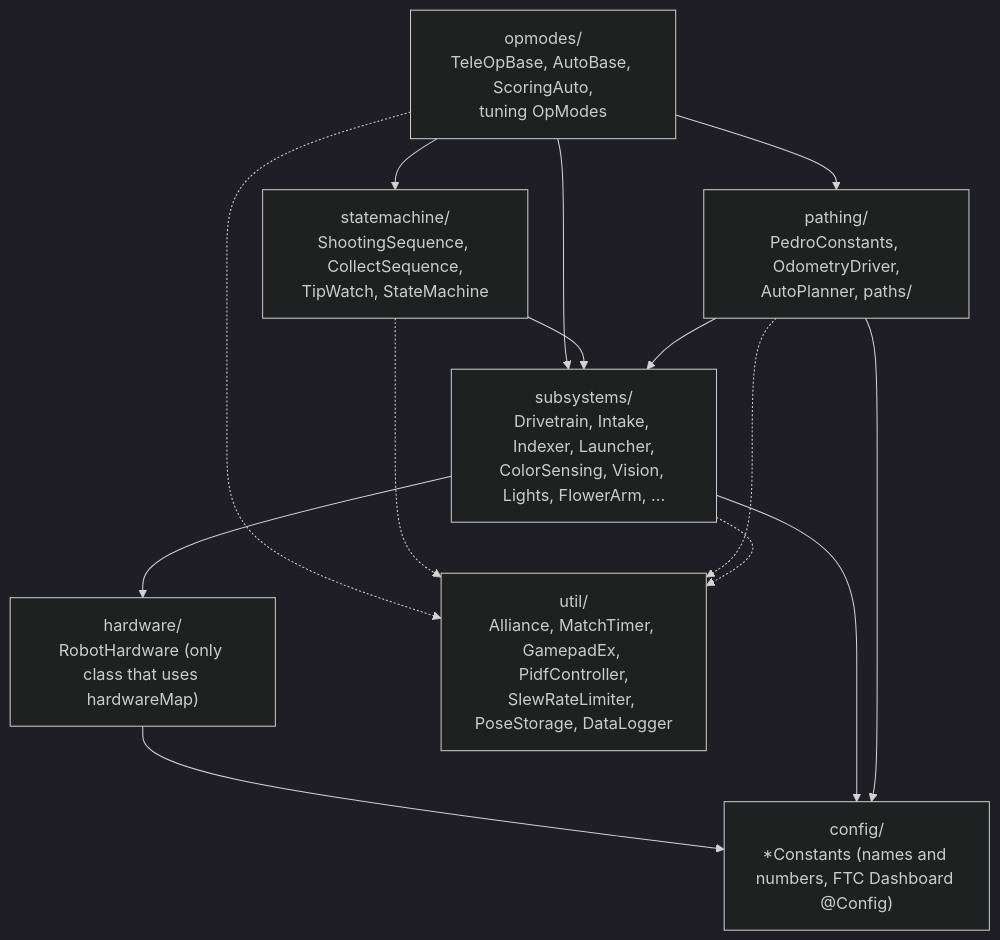
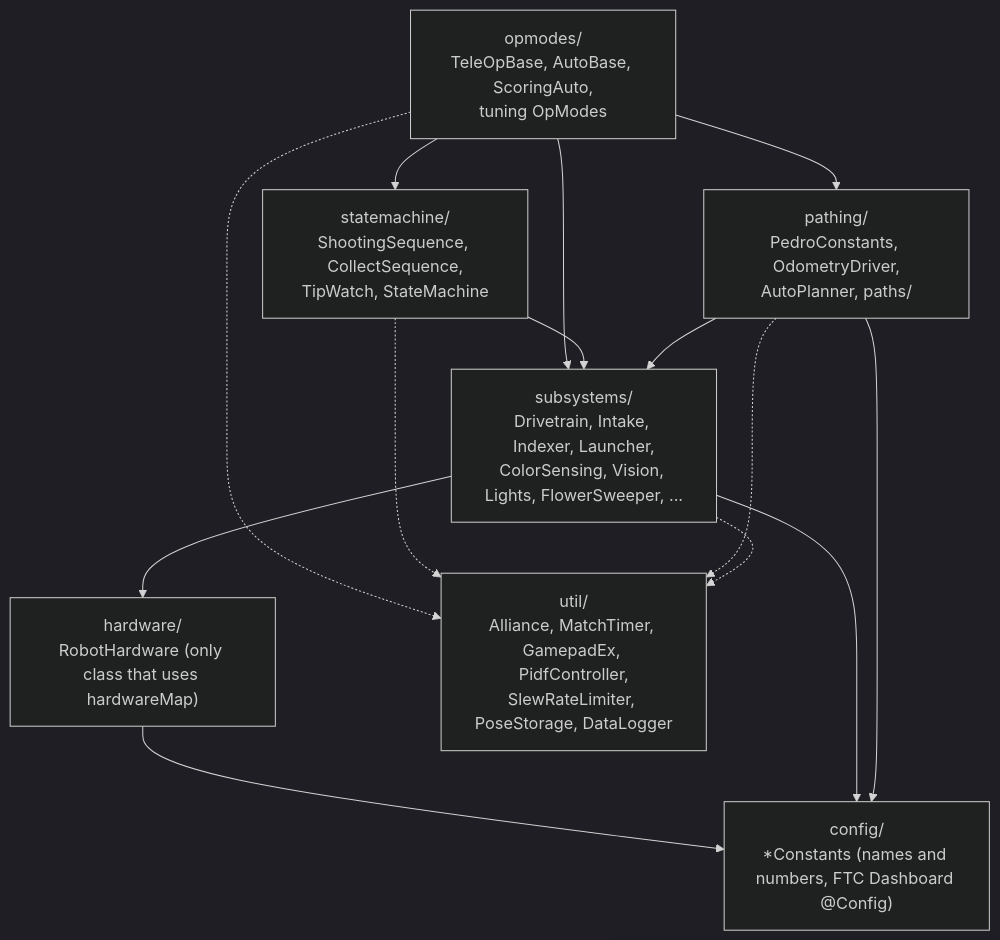
One commit to luislaurolozanoperezp4-glitch/IronLion30311-HiveMind changed the first of 2 diagrams in docs/CODE_GUIDE.md. Above: the diagram before and after it, drawn with Mermaid (dark theme). The commit also changed other lines of this file and 11 other files, not shown here.

````diff
--- a/docs/CODE_GUIDE.md
+++ b/docs/CODE_GUIDE.md
@@ -32,23 +33,23 @@
 ```mermaid
 flowchart TD
     OP["opmodes/<br/>TeleOpBase, AutoBase, ScoringAuto,<br/>tuning OpModes"]
     SM["statemachine/<br/>ShootingSequence, CollectSequence,<br/>TipWatch, StateMachine"]
     PA["pathing/<br/>PedroConstants, OdometryDriver,<br/>AutoPlanner, paths/"]
-    SS["subsystems/<br/>Drivetrain, Intake, Indexer, Launcher,<br/>ColorSensing, Vision, Lights, FlowerArm, ..."]
+    SS["subsystems/<br/>Drivetrain, Intake, Indexer, Launcher,<br/>ColorSensing, Vision, Lights, FlowerSweeper, ..."]
     HW["hardware/<br/>RobotHardware (only class that uses hardwareMap)"]
     CF["config/<br/>*Constants (names and numbers, FTC Dashboard @Config)"]
     UT["util/<br/>Alliance, MatchTimer, GamepadEx, PidfController,<br/>SlewRateLimiter, PoseStorage, DataLogger"]
     OP --> SM
     OP --> PA
     OP --> SS
     SM --> SS
     PA --> SS
     SS --> HW
     HW --> CF
     SS --> CF
     PA --> CF
     OP -.-> UT
     SM -.-> UT
     PA -.-> UT
     SS -.-> UT
 ```
````
